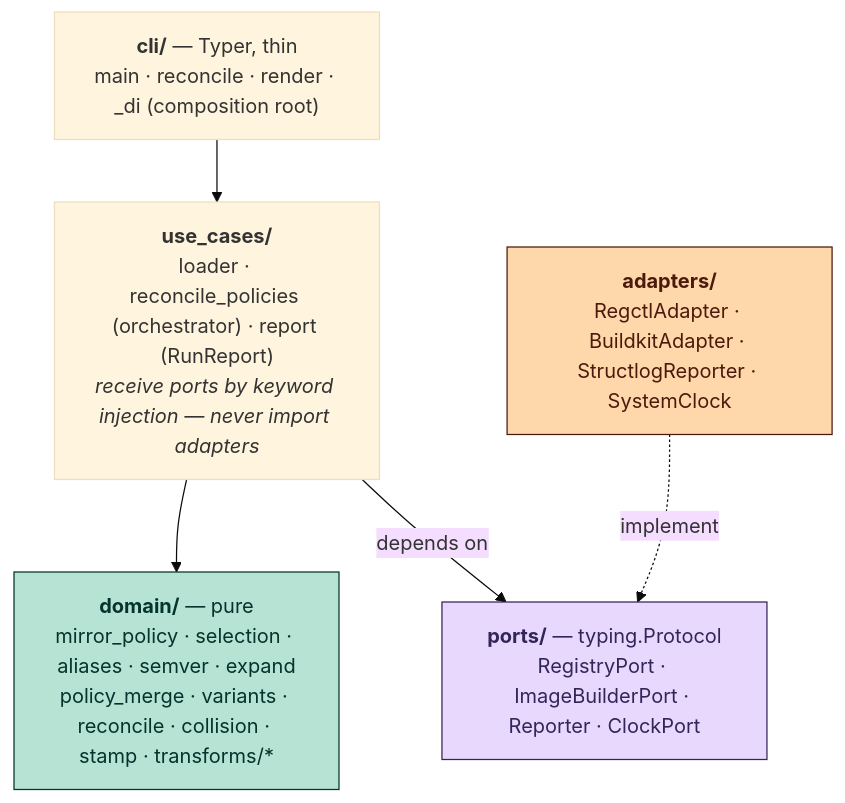
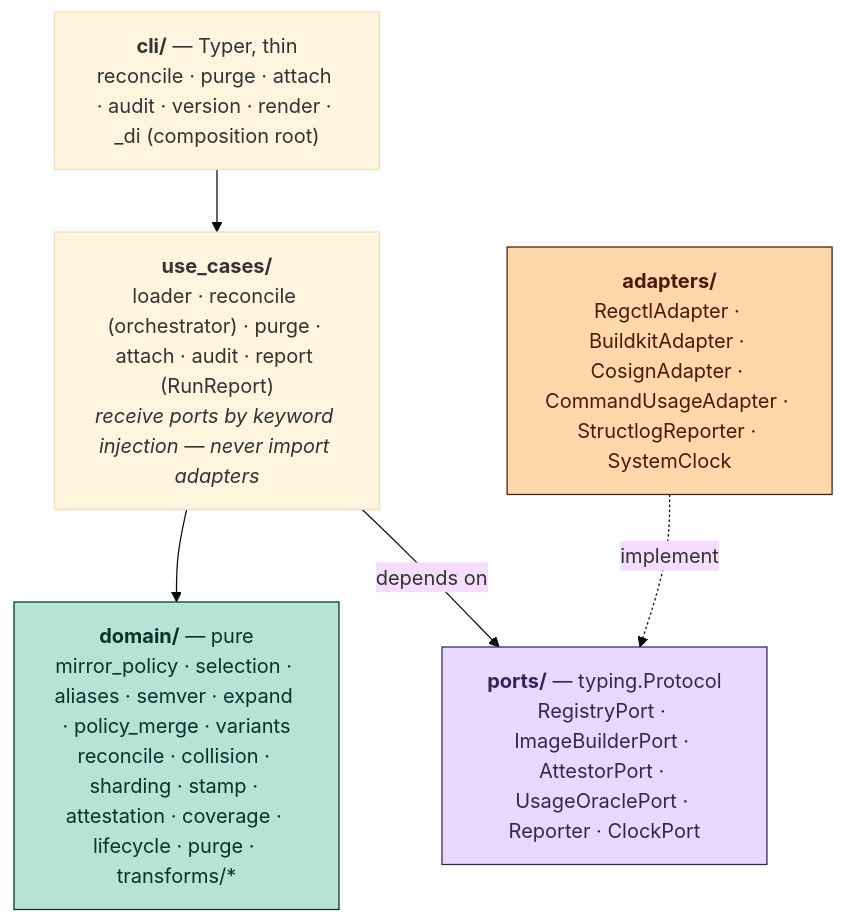
One commit to trivoallan/knock changed the first of 2 diagrams in docs/architecture/design.md. Above: the diagram before and after it, drawn with Mermaid (base theme). The commit also changed other lines of this file and 1 other file, not shown here.

First line of the commit message:
docs: sync design.md + roadmap with delivered work (CLI verbs, SLSA, new ports/adapters)

````diff
--- a/docs/architecture/design.md
+++ b/docs/architecture/design.md
@@ -39,20 +39,20 @@
 ```mermaid
 flowchart TD
-    cli["<b>cli/</b> — Typer, thin<br/>main · reconcile · render · _di (composition root)"]
-    uc["<b>use_cases/</b><br/>loader · reconcile_policies (orchestrator) · report (RunReport)<br/><i>receive ports by keyword injection — never import adapters</i>"]
-    domain["<b>domain/</b> — pure<br/>mirror_policy · selection · aliases · semver · expand<br/>policy_merge · variants · reconcile · collision · stamp · transforms/*"]
-    ports["<b>ports/</b> — typing.Protocol<br/>RegistryPort · ImageBuilderPort · Reporter · ClockPort"]
-    adapters["<b>adapters/</b><br/>RegctlAdapter · BuildkitAdapter · StructlogReporter · SystemClock"]
+    cli["<b>cli/</b> — Typer, thin<br/>reconcile · purge · attach · audit · version · render · _di (composition root)"]
+    uc["<b>use_cases/</b><br/>loader · reconcile (orchestrator) · purge · attach · audit · report (RunReport)<br/><i>receive ports by keyword injection — never import adapters</i>"]
+    domain["<b>domain/</b> — pure<br/>mirror_policy · selection · aliases · semver · expand · policy_merge · variants<br/>reconcile · collision · sharding · stamp · attestation · coverage · lifecycle · purge · transforms/*"]
+    ports["<b>ports/</b> — typing.Protocol<br/>RegistryPort · ImageBuilderPort · AttestorPort · UsageOraclePort · Reporter · ClockPort"]
+    adapters["<b>adapters/</b><br/>RegctlAdapter · BuildkitAdapter · CosignAdapter · CommandUsageAdapter · StructlogReporter · SystemClock"]
 
     cli --> uc
     uc --> domain
     uc -->|depends on| ports
     adapters -.->|implement| ports
 
     classDef pure fill:#b6e3d4,stroke:#04342c,color:#04342c;
     classDef port fill:#e9d8fd,stroke:#322659,color:#322659;
     classDef adapter fill:#fed7aa,stroke:#4a1b0c,color:#4a1b0c;
     class domain pure;
     class ports port;
     class adapters adapter;
 ```
````
